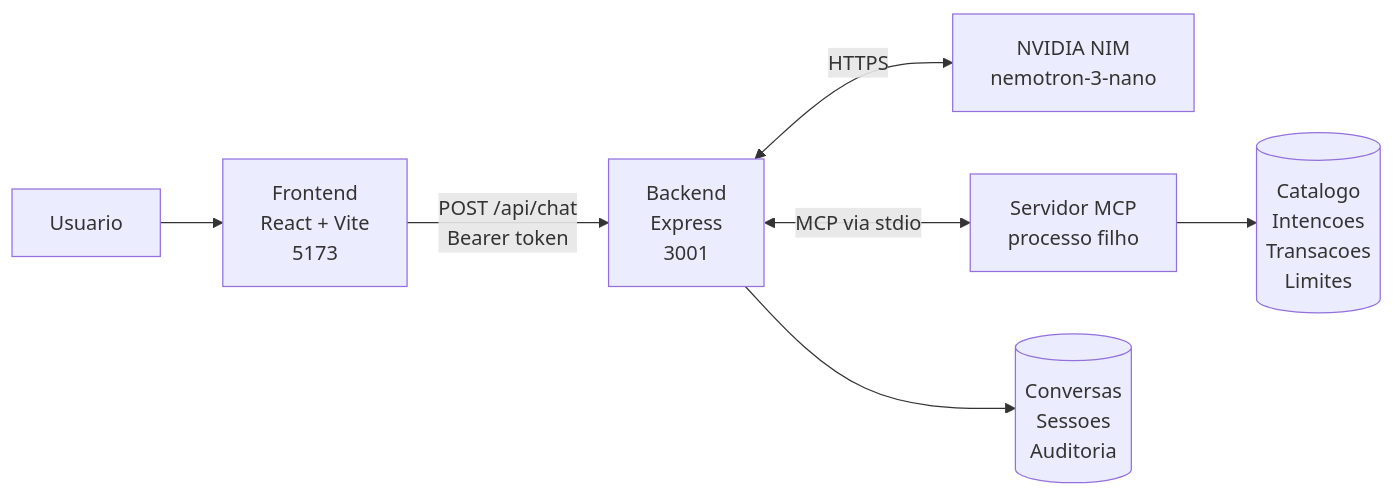
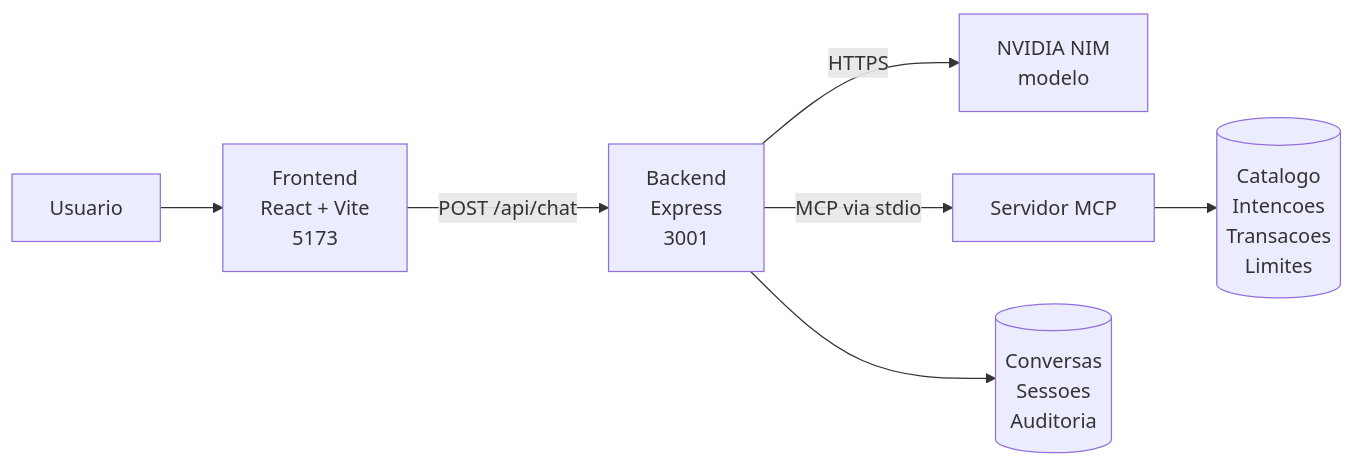
The diagram in README.md (robertfabio/agentic-payments), drawn with Mermaid before and after one commit. The commit also changed 1 other file, not shown here.

Commit message:
docs: simplifica os diagramas para renderizar em qualquer versao

````diff
--- a/README.md
+++ b/README.md
@@ -121,9 +121,9 @@
 ```mermaid
 flowchart LR
     U[Usuario] --> F[Frontend<br/>React + Vite<br/>5173]
-    F -->|"POST /api/chat<br/>Bearer token"| B[Backend<br/>Express<br/>3001]
-    B <-->|HTTPS| L[NVIDIA NIM<br/>nemotron-3-nano]
-    B <-->|MCP via stdio| M[Servidor MCP<br/>processo filho]
+    F -->|POST /api/chat| B[Backend<br/>Express<br/>3001]
+    B -->|HTTPS| L[NVIDIA NIM<br/>modelo]
+    B -->|MCP via stdio| M[Servidor MCP]
     M --> C[(Catalogo<br/>Intencoes<br/>Transacoes<br/>Limites)]
     B --> A[(Conversas<br/>Sessoes<br/>Auditoria)]
 ```
````
